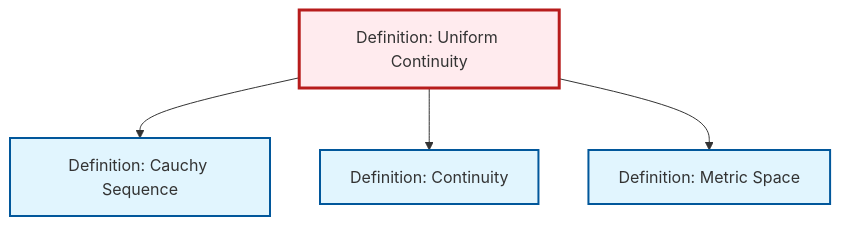
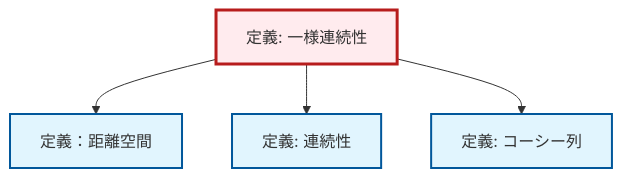
The diagram in content/ja/analysis/def-uniform-continuity.qmd (RK0429/ModernMath), drawn with Mermaid before and after one commit. The commit also changed 1069 other files, not shown here.

````diff
--- a/content/ja/analysis/def-uniform-continuity.qmd
+++ b/content/ja/analysis/def-uniform-continuity.qmd
@@ -70,20 +70,20 @@
 ```{mermaid}
 %%| fig-cap: "Local dependency graph"
 graph TD
     classDef definition fill:#e1f5fe,stroke:#01579b,stroke-width:2px
     classDef theorem fill:#f3e5f5,stroke:#4a148c,stroke-width:2px
     classDef axiom fill:#fff3e0,stroke:#e65100,stroke-width:2px
     classDef example fill:#e8f5e9,stroke:#1b5e20,stroke-width:2px
     classDef current fill:#ffebee,stroke:#b71c1c,stroke-width:3px
-    def-uniform-continuity["Definition: Uniform Continuity"]:::definition
-    def-continuity["Definition: Continuity"]:::definition
-    def-metric-space["Definition: Metric Space"]:::definition
-    def-cauchy-sequence["Definition: Cauchy Sequence"]:::definition
+    def-metric-space["定義：距離空間"]:::definition
+    def-cauchy-sequence["定義: コーシー列"]:::definition
+    def-uniform-continuity["定義: 一様連続性"]:::definition
+    def-continuity["定義: 連続性"]:::definition
+    def-uniform-continuity --> def-metric-space
+    def-uniform-continuity --> def-continuity
     def-uniform-continuity --> def-cauchy-sequence
-    def-uniform-continuity --> def-continuity
-    def-uniform-continuity --> def-metric-space
     class def-uniform-continuity current
-    click def-continuity "def-continuity.html" "Definition: Continuityへ"
-    click def-metric-space "def-metric-space.html" "Definition: Metric Spaceへ"
-    click def-cauchy-sequence "def-cauchy-sequence.html" "Definition: Cauchy Sequenceへ"
+    click def-metric-space "def-metric-space.html" "定義：距離空間へ"
+    click def-cauchy-sequence "def-cauchy-sequence.html" "コーシー列の定義へ"
+    click def-continuity "def-continuity.html" "連続性の定義へ"
 ```
````
